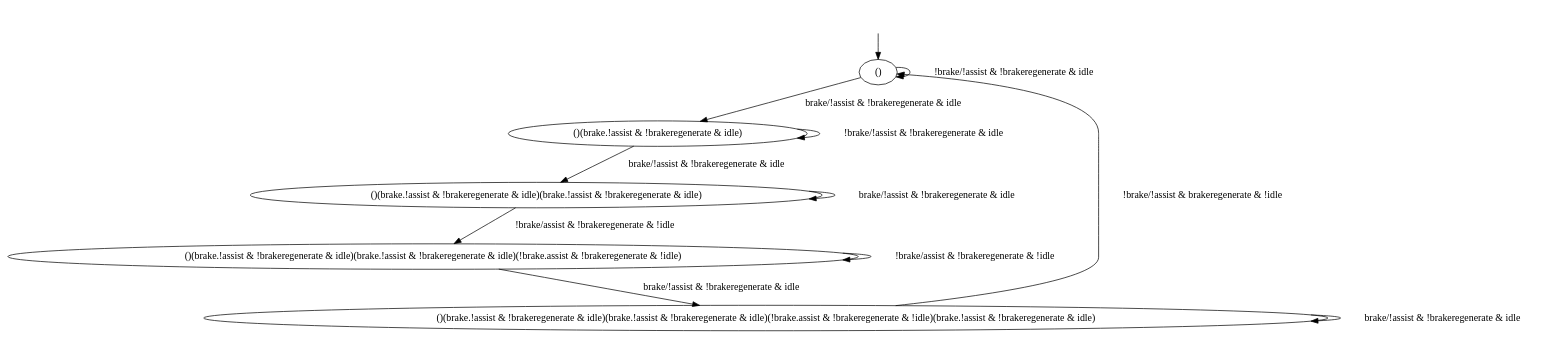
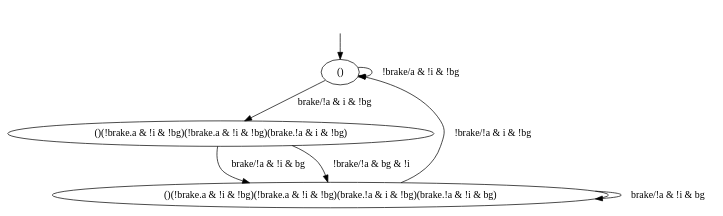
One commit to mrudu/synth-learn changed the diagram in examples/ElectricBike/TaskB2.dot. Above: the diagram before and after it, drawn with Graphviz. The commit also changed 18 other files, not shown here.

Commit message:
Modified examples to have more structured names, and added new example for generation of electric bike

```diff
--- a/examples/ElectricBike/TaskB2.dot
+++ b/examples/ElectricBike/TaskB2.dot
@@ -1,19 +1,13 @@
-digraph "examples/ElectricBikeExamples/TaskB2" {
+digraph "examples/ElectricBike/TaskB2" {
 "()" [label="()"];
-"()(brake.!assist & !brakeregenerate & idle)" [label="()(brake.!assist & !brakeregenerate & idle)"];
-"()(brake.!assist & !brakeregenerate & idle)(brake.!assist & !brakeregenerate & idle)" [label="()(brake.!assist & !brakeregenerate & idle)(brake.!assist & !brakeregenerate & idle)"];
-"()(brake.!assist & !brakeregenerate & idle)(brake.!assist & !brakeregenerate & idle)(!brake.assist & !brakeregenerate & !idle)" [label="()(brake.!assist & !brakeregenerate & idle)(brake.!assist & !brakeregenerate & idle)(!brake.assist & !brakeregenerate & !idle)"];
-"()(brake.!assist & !brakeregenerate & idle)(brake.!assist & !brakeregenerate & idle)(!brake.assist & !brakeregenerate & !idle)(brake.!assist & !brakeregenerate & idle)" [label="()(brake.!assist & !brakeregenerate & idle)(brake.!assist & !brakeregenerate & idle)(!brake.assist & !brakeregenerate & !idle)(brake.!assist & !brakeregenerate & idle)"];
-"()" -> "()"  [label="!brake/!assist & !brakeregenerate & idle"];
-"()" -> "()(brake.!assist & !brakeregenerate & idle)"  [label="brake/!assist & !brakeregenerate & idle"];
-"()(brake.!assist & !brakeregenerate & idle)" -> "()(brake.!assist & !brakeregenerate & idle)"  [label="!brake/!assist & !brakeregenerate & idle"];
-"()(brake.!assist & !brakeregenerate & idle)" -> "()(brake.!assist & !brakeregenerate & idle)(brake.!assist & !brakeregenerate & idle)"  [label="brake/!assist & !brakeregenerate & idle"];
-"()(brake.!assist & !brakeregenerate & idle)(brake.!assist & !brakeregenerate & idle)" -> "()(brake.!assist & !brakeregenerate & idle)(brake.!assist & !brakeregenerate & idle)(!brake.assist & !brakeregenerate & !idle)"  [label="!brake/assist & !brakeregenerate & !idle"];
-"()(brake.!assist & !brakeregenerate & idle)(brake.!assist & !brakeregenerate & idle)" -> "()(brake.!assist & !brakeregenerate & idle)(brake.!assist & !brakeregenerate & idle)"  [label="brake/!assist & !brakeregenerate & idle"];
-"()(brake.!assist & !brakeregenerate & idle)(brake.!assist & !brakeregenerate & idle)(!brake.assist & !brakeregenerate & !idle)" -> "()(brake.!assist & !brakeregenerate & idle)(brake.!assist & !brakeregenerate & idle)(!brake.assist & !brakeregenerate & !idle)"  [label="!brake/assist & !brakeregenerate & !idle"];
-"()(brake.!assist & !brakeregenerate & idle)(brake.!assist & !brakeregenerate & idle)(!brake.assist & !brakeregenerate & !idle)" -> "()(brake.!assist & !brakeregenerate & idle)(brake.!assist & !brakeregenerate & idle)(!brake.assist & !brakeregenerate & !idle)(brake.!assist & !brakeregenerate & idle)"  [label="brake/!assist & !brakeregenerate & idle"];
-"()(brake.!assist & !brakeregenerate & idle)(brake.!assist & !brakeregenerate & idle)(!brake.assist & !brakeregenerate & !idle)(brake.!assist & !brakeregenerate & idle)" -> "()"  [label="!brake/!assist & brakeregenerate & !idle"];
-"()(brake.!assist & !brakeregenerate & idle)(brake.!assist & !brakeregenerate & idle)(!brake.assist & !brakeregenerate & !idle)(brake.!assist & !brakeregenerate & idle)" -> "()(brake.!assist & !brakeregenerate & idle)(brake.!assist & !brakeregenerate & idle)(!brake.assist & !brakeregenerate & !idle)(brake.!assist & !brakeregenerate & idle)"  [label="brake/!assist & !brakeregenerate & idle"];
+"()(!brake.a & !i & !bg)(!brake.a & !i & !bg)(brake.!a & i & !bg)" [label="()(!brake.a & !i & !bg)(!brake.a & !i & !bg)(brake.!a & i & !bg)"];
+"()(!brake.a & !i & !bg)(!brake.a & !i & !bg)(brake.!a & i & !bg)(brake.!a & !i & bg)" [label="()(!brake.a & !i & !bg)(!brake.a & !i & !bg)(brake.!a & i & !bg)(brake.!a & !i & bg)"];
+"()" -> "()"  [label="!brake/a & !i & !bg"];
+"()" -> "()(!brake.a & !i & !bg)(!brake.a & !i & !bg)(brake.!a & i & !bg)"  [label="brake/!a & i & !bg"];
+"()(!brake.a & !i & !bg)(!brake.a & !i & !bg)(brake.!a & i & !bg)" -> "()(!brake.a & !i & !bg)(!brake.a & !i & !bg)(brake.!a & i & !bg)(brake.!a & !i & bg)"  [label="brake/!a & !i & bg"];
+"()(!brake.a & !i & !bg)(!brake.a & !i & !bg)(brake.!a & i & !bg)" -> "()(!brake.a & !i & !bg)(!brake.a & !i & !bg)(brake.!a & i & !bg)(brake.!a & !i & bg)"  [label="!brake/!a & bg & !i"];
+"()(!brake.a & !i & !bg)(!brake.a & !i & !bg)(brake.!a & i & !bg)(brake.!a & !i & bg)" -> "()(!brake.a & !i & !bg)(!brake.a & !i & !bg)(brake.!a & i & !bg)(brake.!a & !i & bg)"  [label="brake/!a & !i & bg"];
+"()(!brake.a & !i & !bg)(!brake.a & !i & !bg)(brake.!a & i & !bg)(brake.!a & !i & bg)" -> "()"  [label="!brake/!a & i & !bg"];
 __start0 [label="", shape=none];
 __start0 -> "()"  [label=""];
 }
```
